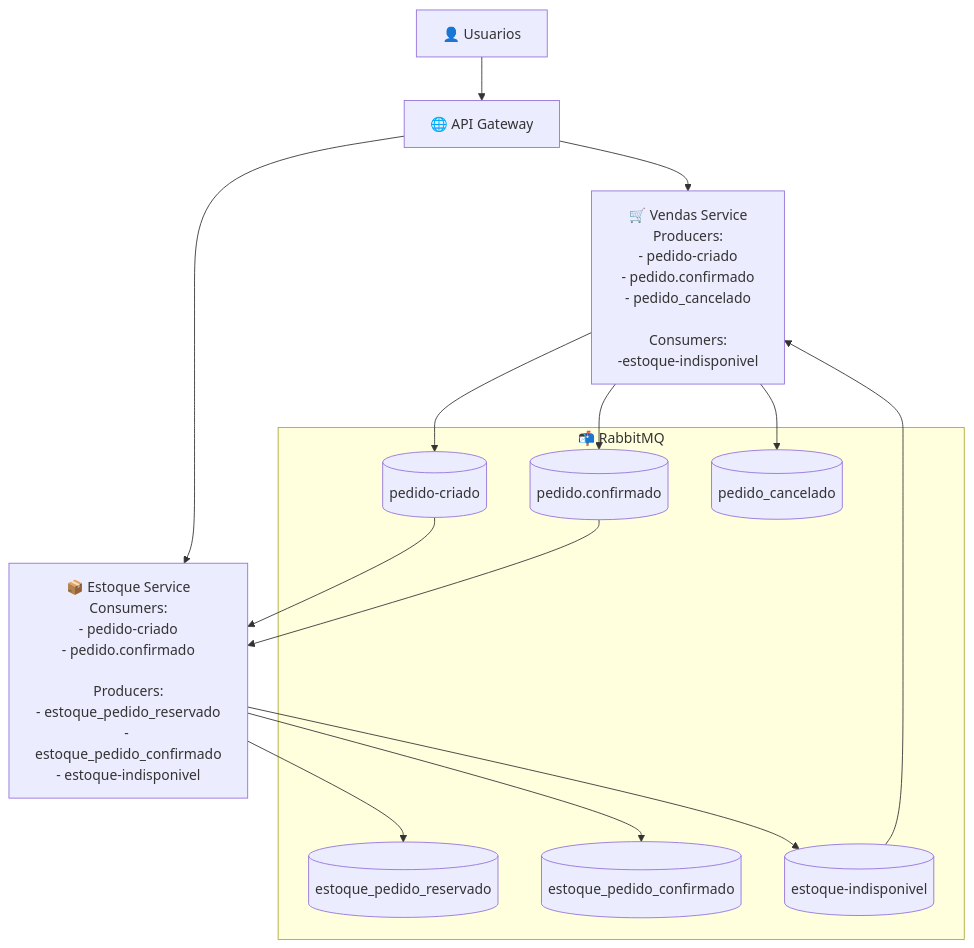
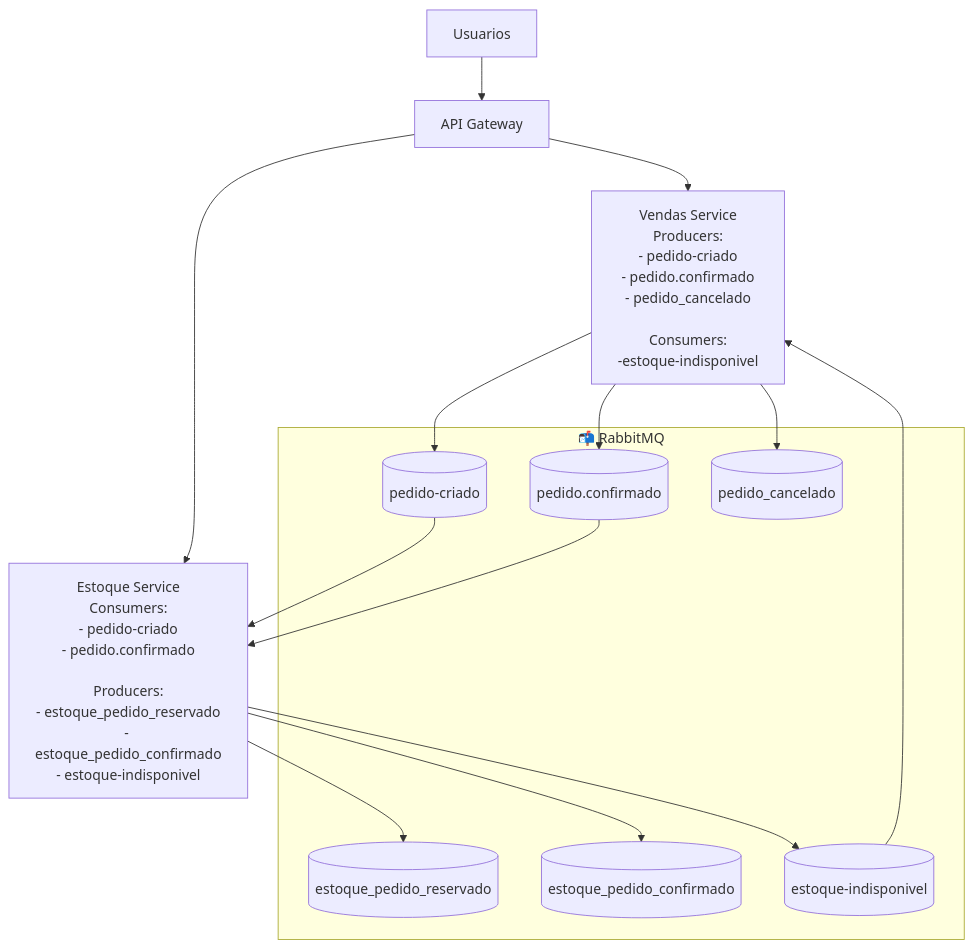
Before and after one commit to Poopstoop1/Avanade-Microservices: the diagram in README.md, drawn with Mermaid. The commit also changed other lines of this file, not shown here.

````diff
--- a/README.md
+++ b/README.md
@@ -159,36 +156,36 @@
 ```mermaid
 graph TB
-    Cliente[👤 Usuarios]
-    Gateway[🌐 API Gateway]
+    Cliente[Usuarios]
+    Gateway[API Gateway]
 
-    Estoque[📦 Estoque Service<br/>Consumers:<br/>- pedido-criado<br/>- pedido.confirmado<br/><br/>Producers:<br/>- estoque_pedido_reservado<br/>- estoque_pedido_confirmado<br/>- estoque-indisponivel]
+    Estoque[Estoque Service<br/>Consumers:<br/>- pedido-criado<br/>- pedido.confirmado<br/><br/>Producers:<br/>- estoque_pedido_reservado<br/>- estoque_pedido_confirmado<br/>- estoque-indisponivel]
 
-    Vendas[🛒 Vendas Service<br/>Producers:<br/>- pedido-criado<br/>- pedido.confirmado<br/>- pedido_cancelado<br/><br/>Consumers:<br/>-estoque-indisponivel]
+    Vendas[Vendas Service<br/>Producers:<br/>- pedido-criado<br/>- pedido.confirmado<br/>- pedido_cancelado<br/><br/>Consumers:<br/>-estoque-indisponivel]
 
     subgraph "📬 RabbitMQ"
         queue1[(pedido-criado)]
         queue2[(pedido.confirmado)]
         queue3[(pedido_cancelado)]
         queue4[(estoque_pedido_reservado)]
         queue5[(estoque_pedido_confirmado)]
         queue6[(estoque-indisponivel)]
     end
 
     Cliente --> Gateway
     Gateway --> Vendas
     Gateway --> Estoque
 
     %% Producers -> Queues
     Vendas --> queue1
     Vendas --> queue2
     Vendas --> queue3
 
     Estoque --> queue4
     Estoque --> queue5
     Estoque --> queue6
 
     %% Consumers <- Queues
     queue1 --> Estoque
     queue2 --> Estoque
     queue6 --> Vendas
 ```
````
